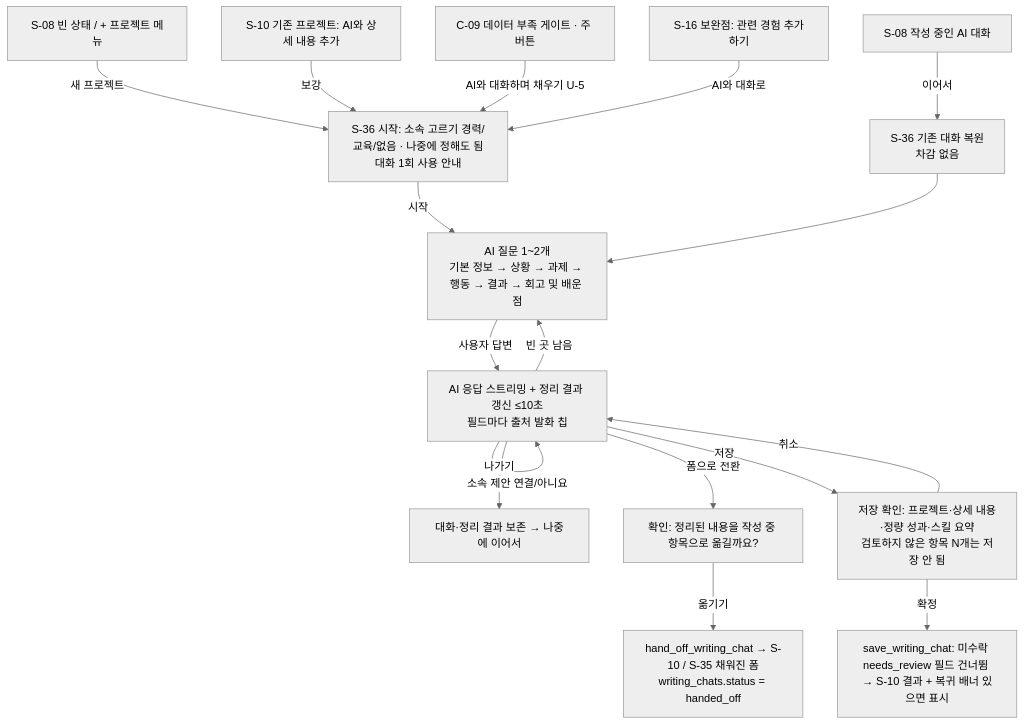
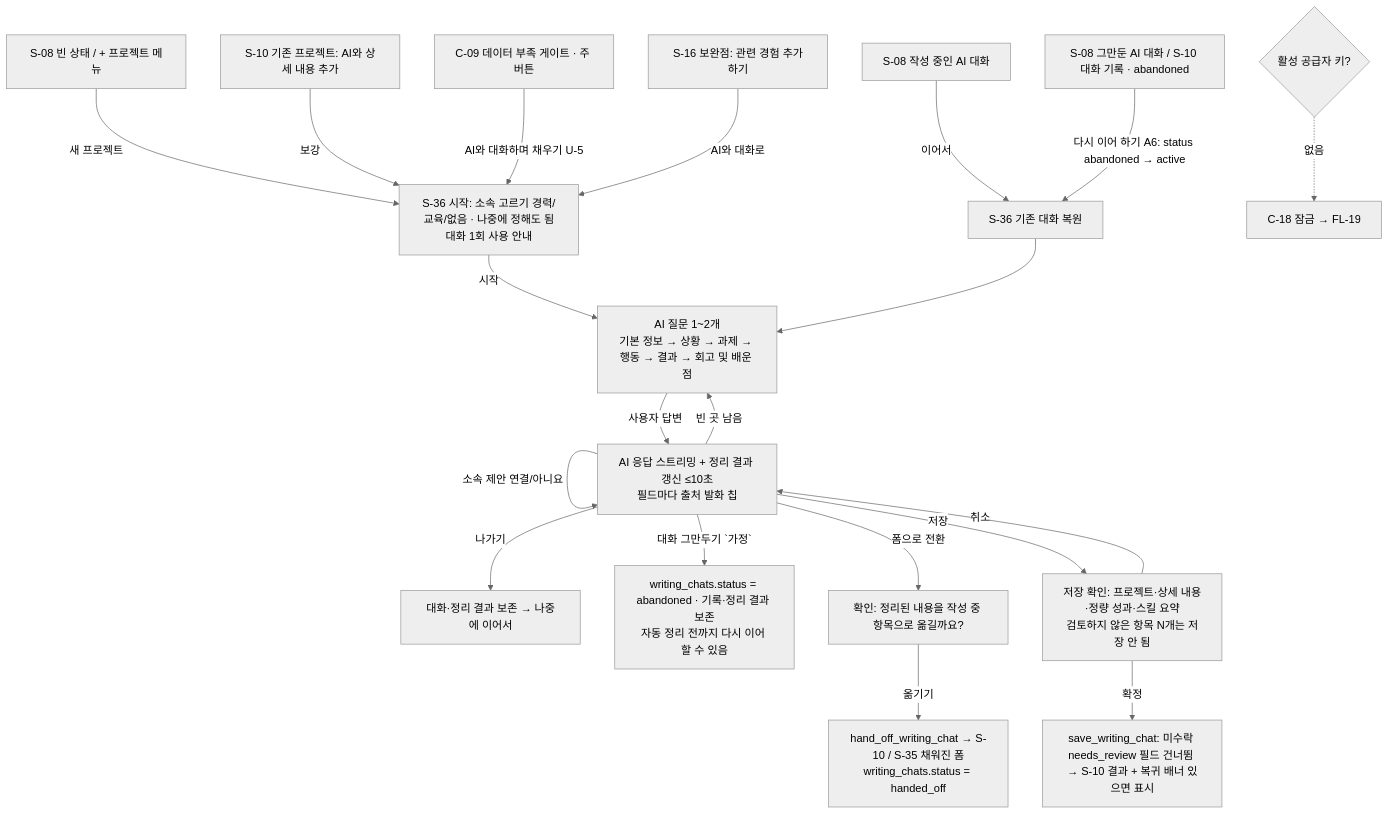
Before and after one commit to j-hyunn/resumate: the fourth of 20 diagrams in docs/planning/02-user-flows.md, drawn with Mermaid (neutral theme). The commit also changed other lines of this file and 7 other files, not shown here.

````diff
--- a/docs/planning/02-user-flows.md
+++ b/docs/planning/02-user-flows.md
@@ -252,22 +273,25 @@
 ```mermaid
 flowchart TD
   A1[S-08 빈 상태 / + 프로젝트 메뉴] -->|새 프로젝트| S
   A2[S-10 기존 프로젝트: AI와 상세 내용 추가] -->|보강| S
   A3[C-09 데이터 부족 게이트 · 주 버튼] -->|AI와 대화하며 채우기 U-5| S
   A4[S-16 보완점: 관련 경험 추가하기] -->|AI와 대화로| S
-  A5[S-08 작성 중인 AI 대화] -->|이어서| R[S-36 기존 대화 복원<br/>차감 없음]
+  A5[S-08 작성 중인 AI 대화] -->|이어서| R[S-36 기존 대화 복원]
+  A6[S-08 그만둔 AI 대화 / S-10 대화 기록 · abandoned] -->|다시 이어 하기 A6: status abandoned → active| R
+  K0{활성 공급자 키?} -.없음.-> LK[C-18 잠금 → FL-19]
 
   S[S-36 시작: 소속 고르기 경력/교육/없음 · 나중에 정해도 됨<br/>대화 1회 사용 안내] -->|시작| Q[AI 질문 1~2개<br/>기본 정보 → 상황 → 과제 → 행동 → 결과 → 회고 및 배운 점]
   R --> Q
   Q -->|사용자 답변| U[AI 응답 스트리밍 + 정리 결과 갱신 ≤10초<br/>필드마다 출처 발화 칩]
   U -->|빈 곳 남음| Q
   U -->|사용자가 필드 직접 수정 origin = user_edit| U
   U -->|검토 필요 필드 수락/거절| U
   U -->|소속 제안 연결/아니요| U
   U -->|폼으로 전환| F[확인: 정리된 내용을 작성 중 항목으로 옮길까요?]
   F -->|옮기기| G[hand_off_writing_chat → S-10 / S-35 채워진 폼<br/>writing_chats.status = handed_off]
   U -->|저장| V[저장 확인: 프로젝트·상세 내용·정량 성과·스킬 요약<br/>검토하지 않은 항목 N개는 저장 안 됨]
   V -->|확정| W[save_writing_chat: 미수락 needs_review 필드 건너뜀 → S-10 결과 + 복귀 배너 있으면 표시]
   V -->|취소| U
   U -->|나가기| P[대화·정리 결과 보존 → 나중에 이어서]
+  U -->|대화 그만두기 `가정`| AB[writing_chats.status = abandoned · 기록·정리 결과 보존<br/>자동 정리 전까지 다시 이어 할 수 있음]
 ```
````
